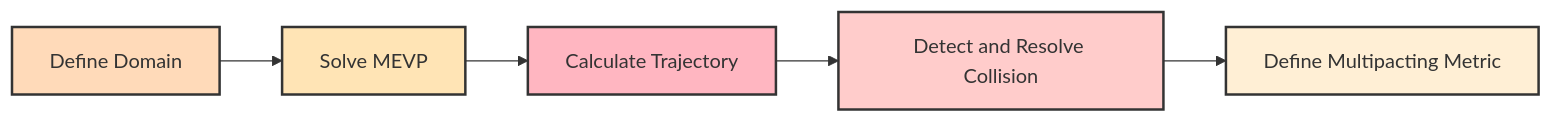
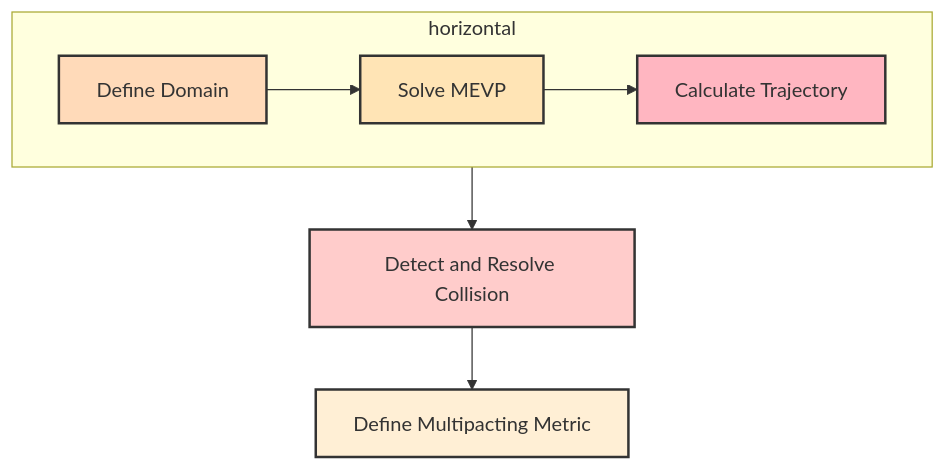
One commit to Dark-Elektron/PyMultipact changed the first of 2 diagrams in README.md. Above: the diagram before and after it, drawn with Mermaid. The commit also changed other lines of this file, not shown here.

````diff
--- a/README.md
+++ b/README.md
@@ -15,12 +15,15 @@
 ```mermaid
-graph LR
-    A[Define Domain]:::defineDomain --> B[Solve MEVP]:::solveMevp --> C[Calculate Trajectory]:::calculateTrajectory
+graph TD
+    subgraph horizontal
+        direction LR
+        A[Define Domain]:::defineDomain --> B[Solve MEVP]:::solveMevp --> C[Calculate Trajectory]:::calculateTrajectory
+    end
     C --> D[Detect and Resolve Collision]:::detectResolveCollision
     D --> E[Define Multipacting Metric]:::defineMultipactingMetric
 
     classDef defineDomain fill:#FFDAB9,stroke:#333,stroke-width:2px;
     classDef solveMevp fill:#FFE4B5,stroke:#333,stroke-width:2px;
     classDef calculateTrajectory fill:#FFB6C1,stroke:#333,stroke-width:2px;
     classDef detectResolveCollision fill:#FFCCCB,stroke:#333,stroke-width:2px;
     classDef defineMultipactingMetric fill:#FFEFD5,stroke:#333,stroke-width:2px;
 ```
````
